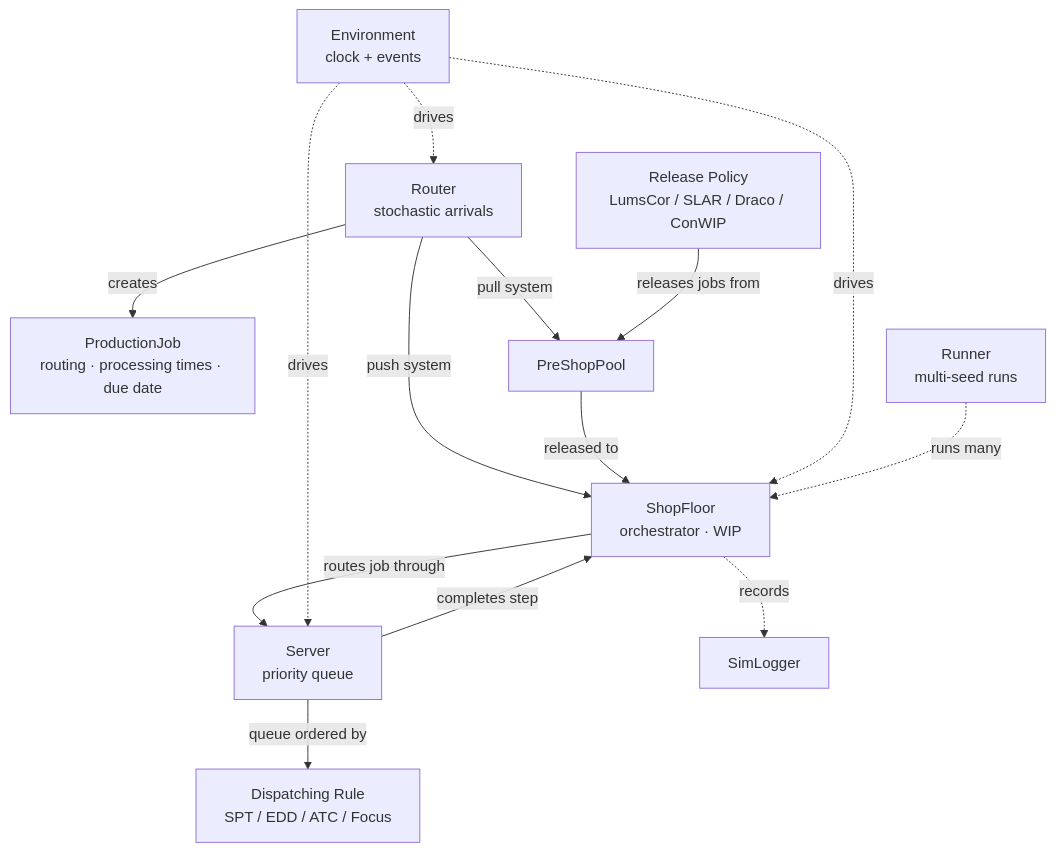
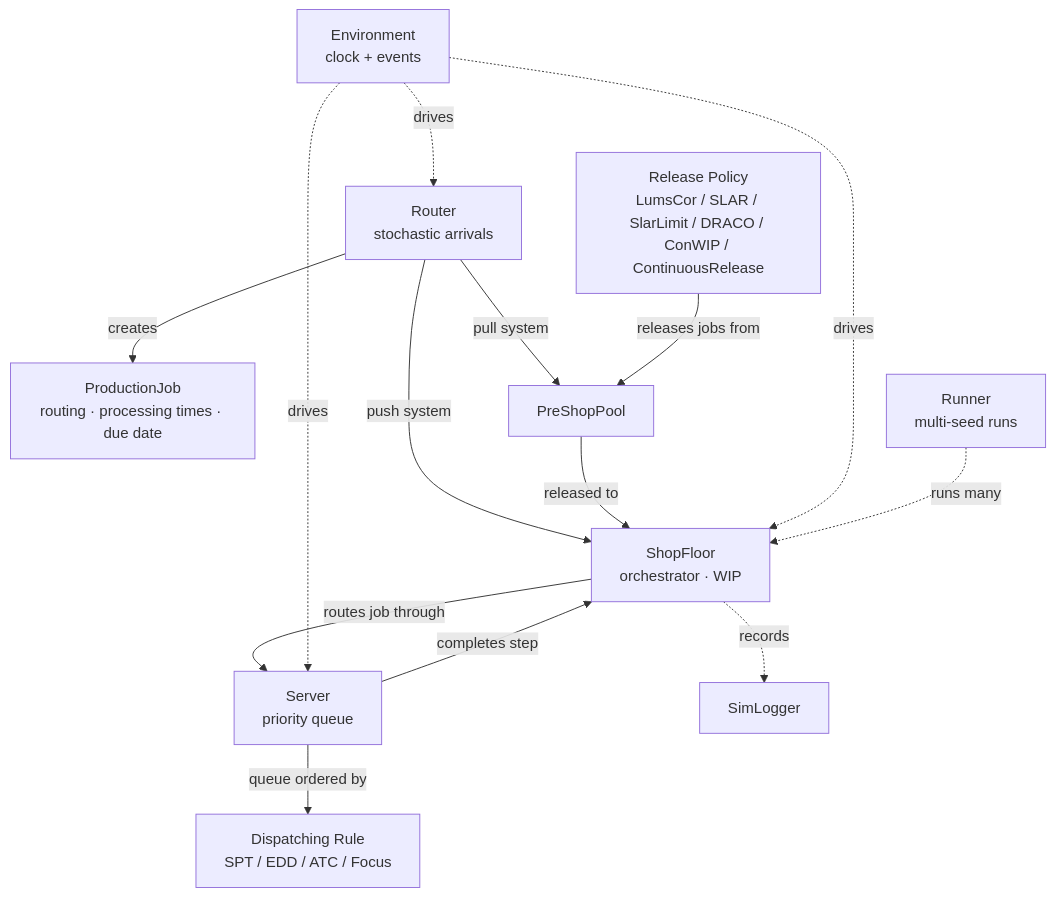
One commit to dmezzogori/simulatte changed the first of 2 diagrams in docs/introduction/architecture.md. Above: the diagram before and after it, drawn with Mermaid. The commit also changed other lines of this file and 5 other files, not shown here.

````diff
--- a/docs/introduction/architecture.md
+++ b/docs/introduction/architecture.md
@@ -9,27 +9,27 @@
 ```mermaid
 graph TD
     Env["Environment<br/>clock + events"]
     Router["Router<br/>stochastic arrivals"]
     Job["ProductionJob<br/>routing · processing times · due date"]
     PSP["PreShopPool"]
-    RP["Release Policy<br/>LumsCor / SLAR / Draco / ConWIP"]
+    RP["Release Policy<br/>LumsCor / SLAR / SlarLimit / DRACO / ConWIP / ContinuousRelease"]
     SF["ShopFloor<br/>orchestrator · WIP"]
     S["Server<br/>priority queue"]
     DR["Dispatching Rule<br/>SPT / EDD / ATC / Focus"]
     Runner["Runner<br/>multi-seed runs"]
     Log["SimLogger"]
 
     Router -->|creates| Job
     Router -->|pull system| PSP
     Router -->|push system| SF
     RP -->|releases jobs from| PSP
     PSP -->|released to| SF
     SF -->|routes job through| S
     S -->|queue ordered by| DR
     S -->|completes step| SF
     Env -.drives.-> Router
     Env -.drives.-> SF
     Env -.drives.-> S
     SF -.records.-> Log
     Runner -.runs many.-> SF
 ```
````
